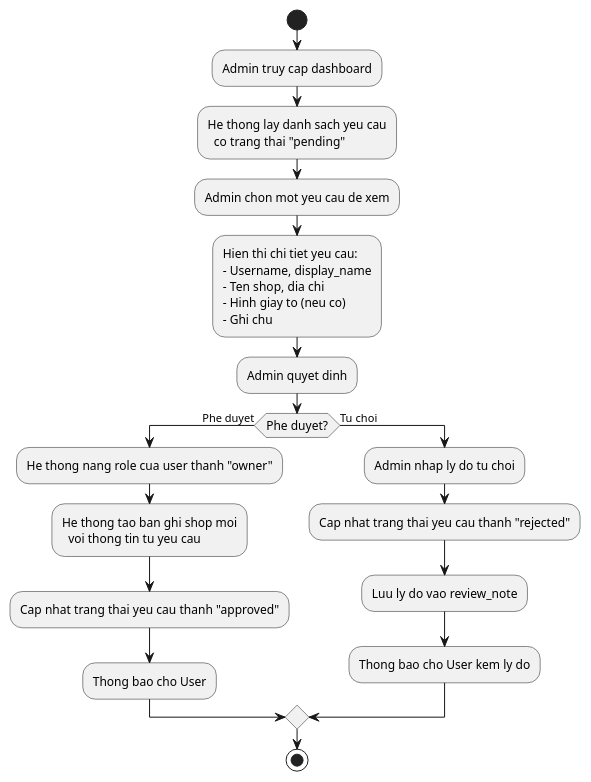
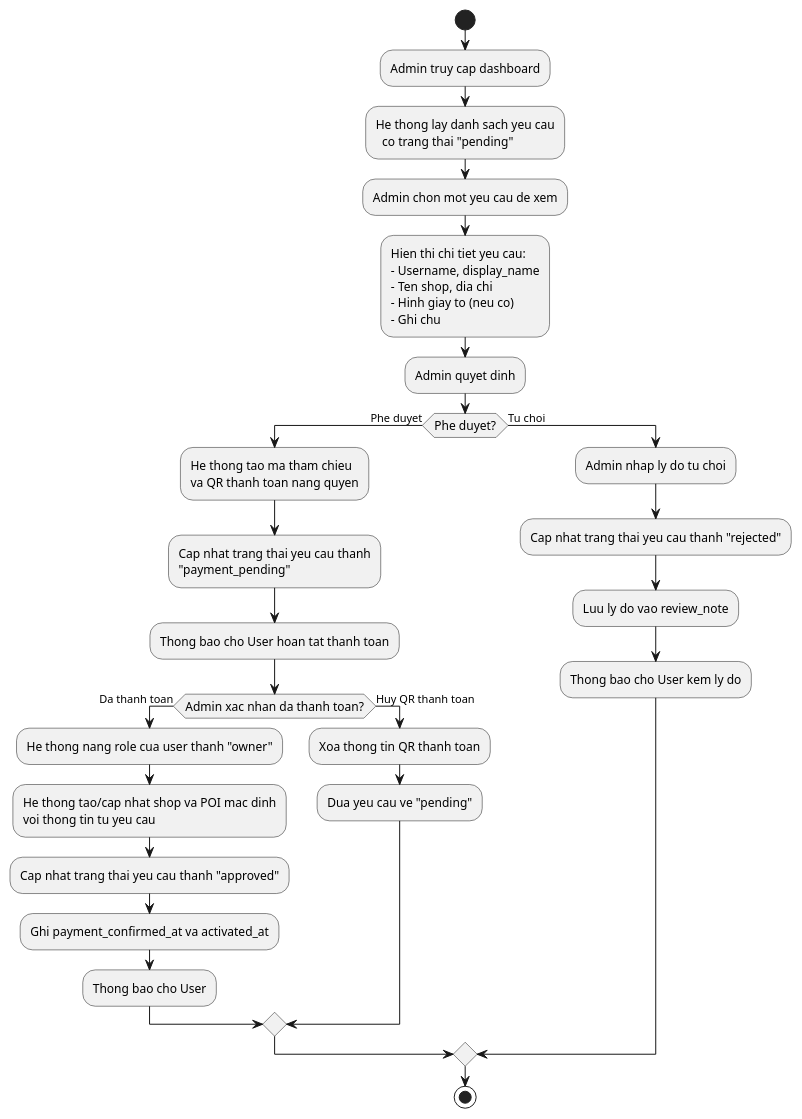
Before and after one commit to MinhMafia/DiDuDuaDi: the diagram in Đặc tả wed/activity_12_admin_review_upgrade.puml, drawn with PlantUML. The commit also changed 18 other files, not shown here.

```diff
--- a/Đặc tả wed/activity_12_admin_review_upgrade.puml
+++ b/Đặc tả wed/activity_12_admin_review_upgrade.puml
@@ -1,38 +1,50 @@
 @startuml activity_12_admin_review_upgrade
 skinparam backgroundColor White
 skinparam activityFontSize 12
 skinparam activityFontName "Times New Roman"
 
 start
 
 :Admin truy cap dashboard;
 
 :He thong lay danh sach yeu cau
   co trang thai "pending";
 
 :Admin chon mot yeu cau de xem;
 
 :Hien thi chi tiet yeu cau:
 - Username, display_name
 - Ten shop, dia chi
 - Hinh giay to (neu co)
 - Ghi chu;
 
 :Admin quyet dinh;
 
 if (Phe duyet?) then (Phe duyet)
-  :He thong nang role cua user thanh "owner";
-  :He thong tao ban ghi shop moi
+  :He thong tao ma tham chieu
+  va QR thanh toan nang quyen;
+  :Cap nhat trang thai yeu cau thanh
+  "payment_pending";
+  :Thong bao cho User hoan tat thanh toan;
+
+  if (Admin xac nhan da thanh toan?) then (Da thanh toan)
+    :He thong nang role cua user thanh "owner";
+    :He thong tao/cap nhat shop va POI mac dinh
     voi thong tin tu yeu cau;
-  :Cap nhat trang thai yeu cau thanh "approved";
-  :Thong bao cho User;
+    :Cap nhat trang thai yeu cau thanh "approved";
+    :Ghi payment_confirmed_at va activated_at;
+    :Thong bao cho User;
+  else (Huy QR thanh toan)
+    :Xoa thong tin QR thanh toan;
+    :Dua yeu cau ve "pending";
+  endif
 else (Tu choi)
   :Admin nhap ly do tu choi;
   :Cap nhat trang thai yeu cau thanh "rejected";
   :Luu ly do vao review_note;
   :Thong bao cho User kem ly do;
 endif
 
 stop
 
 @enduml
```
